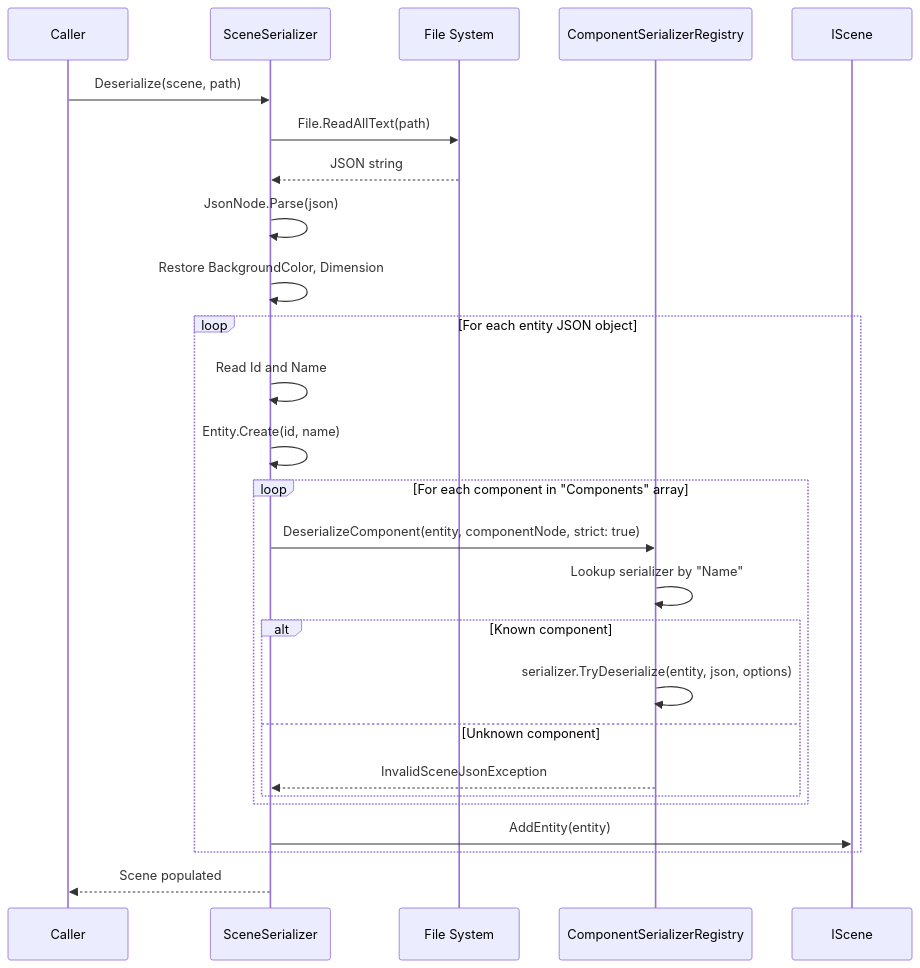
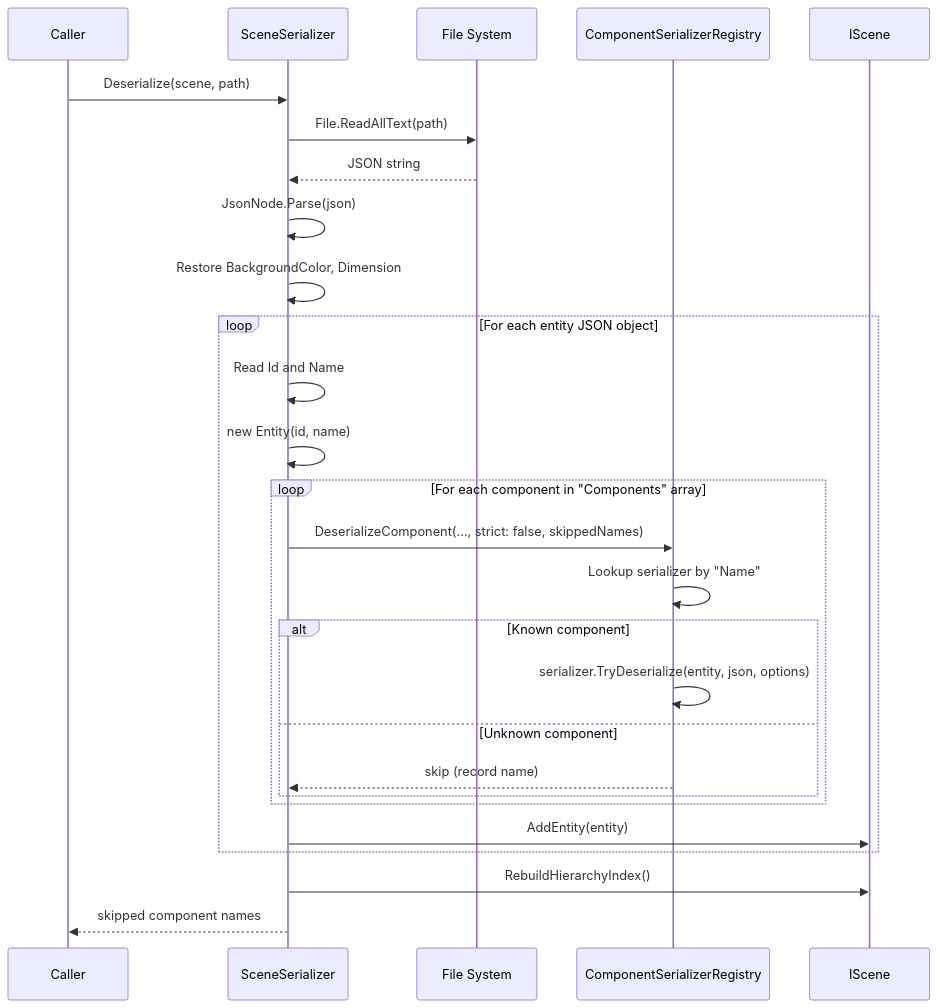
One commit to kateusz/GameEngine changed the second of 2 diagrams in docs/architecture/serialization.md. Above: the diagram before and after it, drawn with Mermaid. The commit also changed other lines of this file and 32 other files, not shown here.

````diff
--- a/docs/architecture/serialization.md
+++ b/docs/architecture/serialization.md
@@ -173,33 +199,34 @@
 ```mermaid
 sequenceDiagram
     participant Caller
     participant SS as SceneSerializer
     participant FS as File System
     participant CSR as ComponentSerializerRegistry
     participant Scene as IScene
 
     Caller->>SS: Deserialize(scene, path)
     SS->>FS: File.ReadAllText(path)
     FS-->>SS: JSON string
     SS->>SS: JsonNode.Parse(json)
     SS->>SS: Restore BackgroundColor, Dimension
 
     loop For each entity JSON object
         SS->>SS: Read Id and Name
-        SS->>SS: Entity.Create(id, name)
+        SS->>SS: new Entity(id, name)
 
         loop For each component in "Components" array
-            SS->>CSR: DeserializeComponent(entity, componentNode, strict: true)
+            SS->>CSR: DeserializeComponent(..., strict: false, skippedNames)
             CSR->>CSR: Lookup serializer by "Name"
             alt Known component
                 CSR->>CSR: serializer.TryDeserialize(entity, json, options)
             else Unknown component
-                CSR-->>SS: InvalidSceneJsonException
+                CSR-->>SS: skip (record name)
             end
         end
 
         SS->>Scene: AddEntity(entity)
     end
 
-    SS-->>Caller: Scene populated
+    SS->>Scene: RebuildHierarchyIndex()
+    SS-->>Caller: skipped component names
 ```
````
